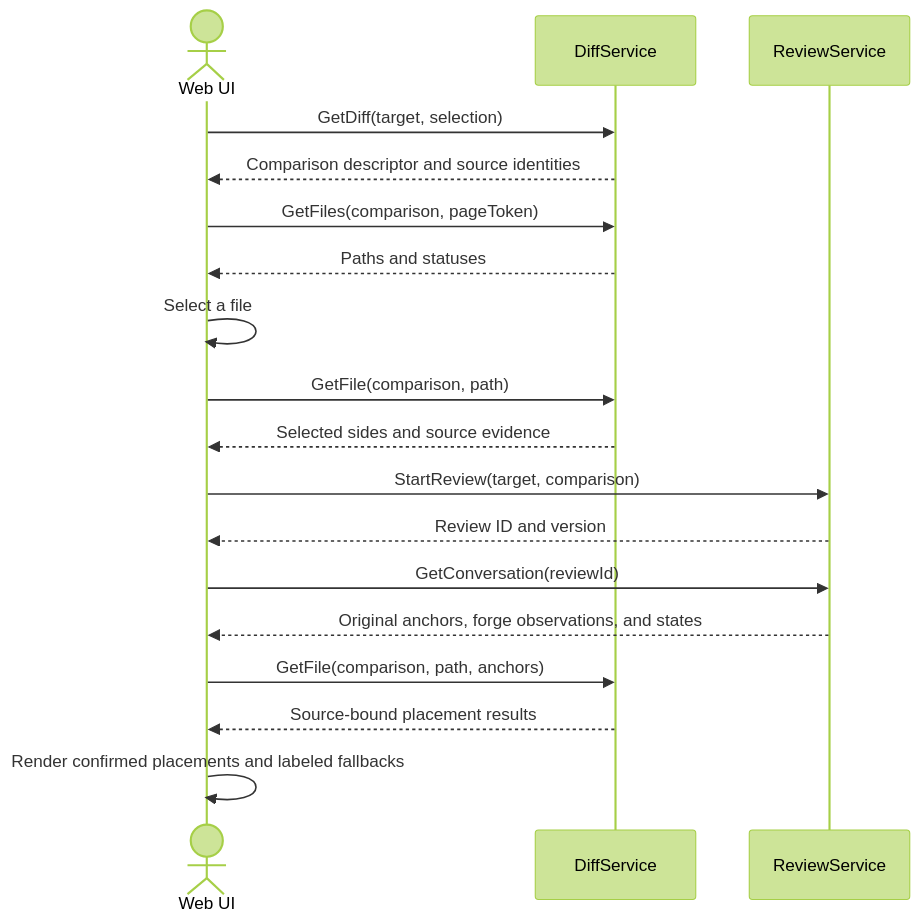
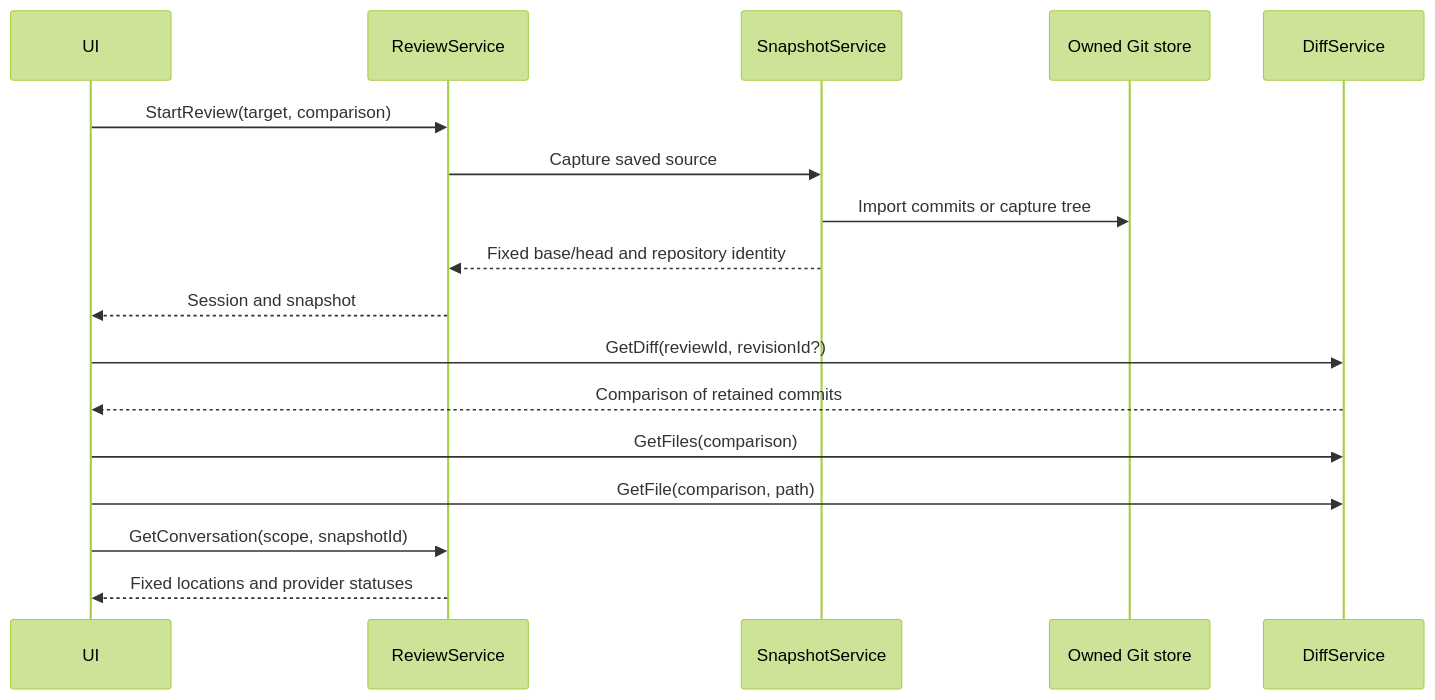
One commit to difflab-io/lgtm changed the second of 2 diagrams in docs/architecture/backend/diffs.md. Above: the diagram before and after it, drawn with Mermaid (forest theme). The commit also changed other lines of this file and 126 other files, not shown here.

````diff
--- a/docs/architecture/backend/diffs.md
+++ b/docs/architecture/backend/diffs.md
@@ -35,20 +35,19 @@
 ```mermaid
 sequenceDiagram
-    actor Web as Web UI
-    participant Diff as DiffService
-    participant Review as ReviewService
-    Web->>Diff: GetDiff(target, selection)
-    Diff-->>Web: Comparison descriptor and source identities
-    Web->>Diff: GetFiles(comparison, pageToken)
-    Diff-->>Web: Paths and statuses
-    Web->>Web: Select a file
-    Web->>Diff: GetFile(comparison, path)
-    Diff-->>Web: Selected sides and source evidence
-    Web->>Review: StartReview(target, comparison)
-    Review-->>Web: Review ID and version
-    Web->>Review: GetConversation(reviewId)
-    Review-->>Web: Original anchors, forge observations, and states
-    Web->>Diff: GetFile(comparison, path, anchors)
-    Diff-->>Web: Source-bound placement results
-    Web->>Web: Render confirmed placements and labeled fallbacks
+  participant UI
+  participant Review as ReviewService
+  participant Snapshot as SnapshotService
+  participant Git as Owned Git store
+  participant Diff as DiffService
+  UI->>Review: StartReview(target, comparison)
+  Review->>Snapshot: Capture saved source
+  Snapshot->>Git: Import commits or capture tree
+  Snapshot-->>Review: Fixed base/head and repository identity
+  Review-->>UI: Session and snapshot
+  UI->>Diff: GetDiff(reviewId, revisionId?)
+  Diff-->>UI: Comparison of retained commits
+  UI->>Diff: GetFiles(comparison)
+  UI->>Diff: GetFile(comparison, path)
+  UI->>Review: GetConversation(scope, snapshotId)
+  Review-->>UI: Fixed locations and provider statuses
 ```
````
